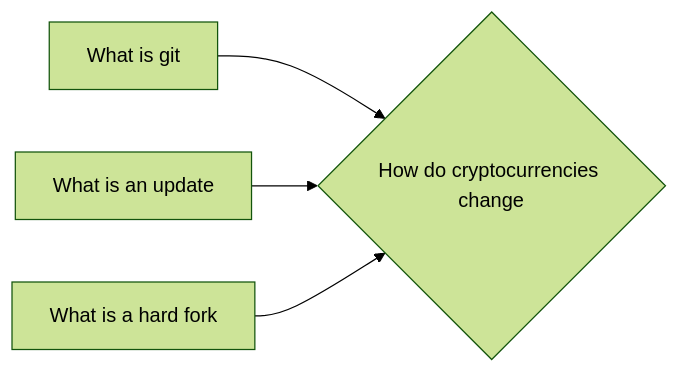
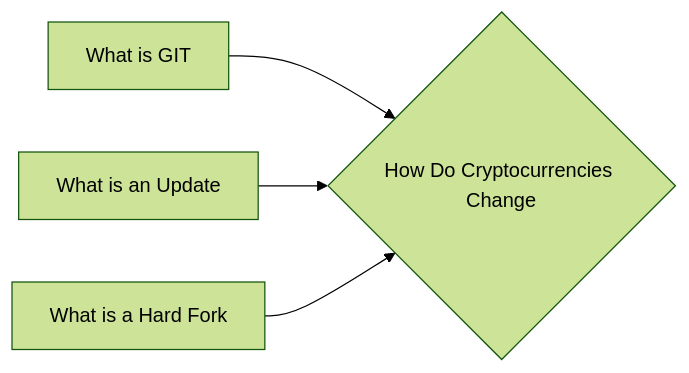
Before and after one commit to lpurdy01/crypto-knowledge-map: the diagram in notes/How_Do_Cryptocurrencies_Change.md, drawn with Mermaid (forest theme). The commit also changed 50 other files, not shown here.

````diff
--- a/notes/How_Do_Cryptocurrencies_Change.md
+++ b/notes/How_Do_Cryptocurrencies_Change.md
@@ -12,6 +12,6 @@
 ```mermaid
 graph LR
-1["What is git"]-->0{"How do cryptocurrencies change"}
-2["What is an update"]-->0{"How do cryptocurrencies change"}
-3["What is a hard fork"]-->0{"How do cryptocurrencies change"}
+1["What is GIT"]-->0{"How Do Cryptocurrencies Change"}
+2["What is an Update"]-->0{"How Do Cryptocurrencies Change"}
+3["What is a Hard Fork"]-->0{"How Do Cryptocurrencies Change"}
 ```
````
